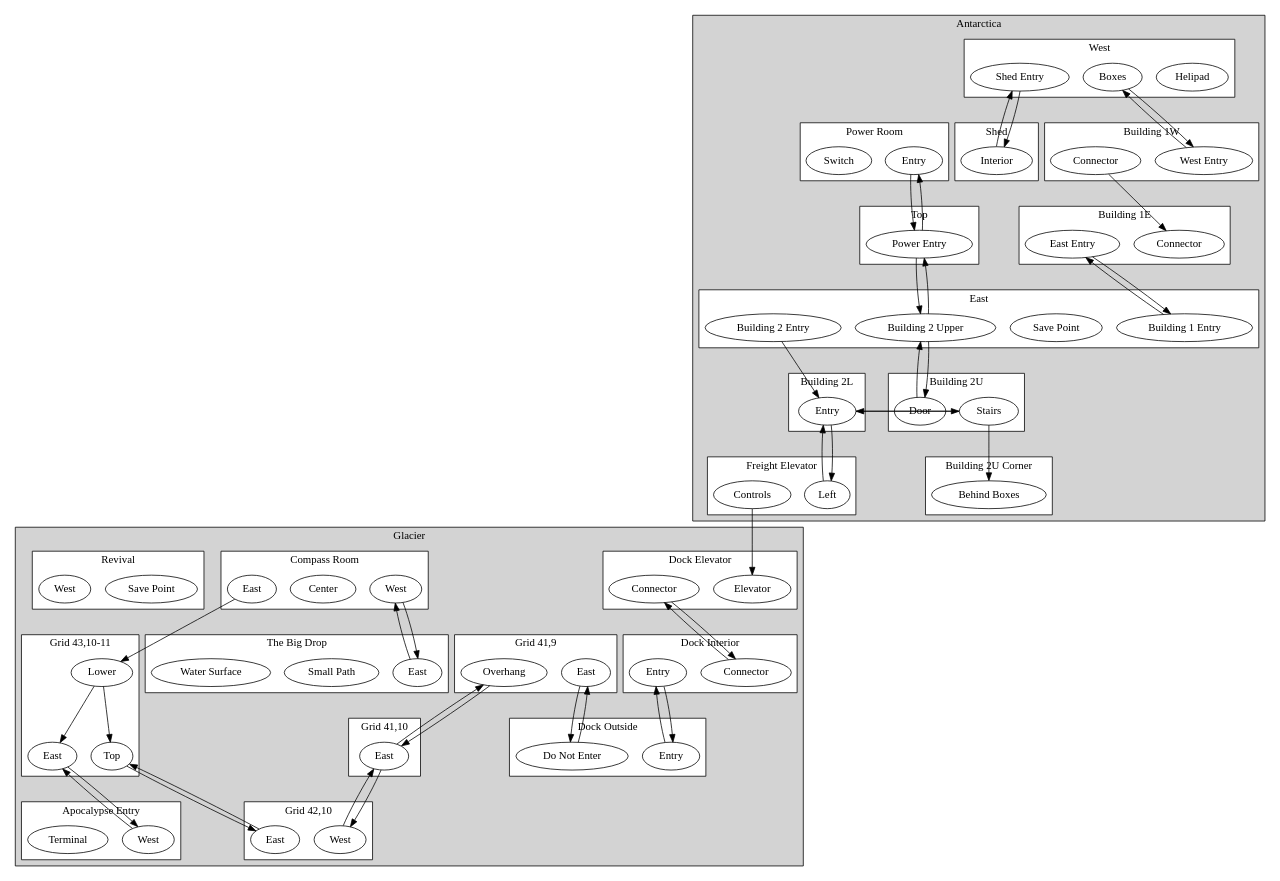
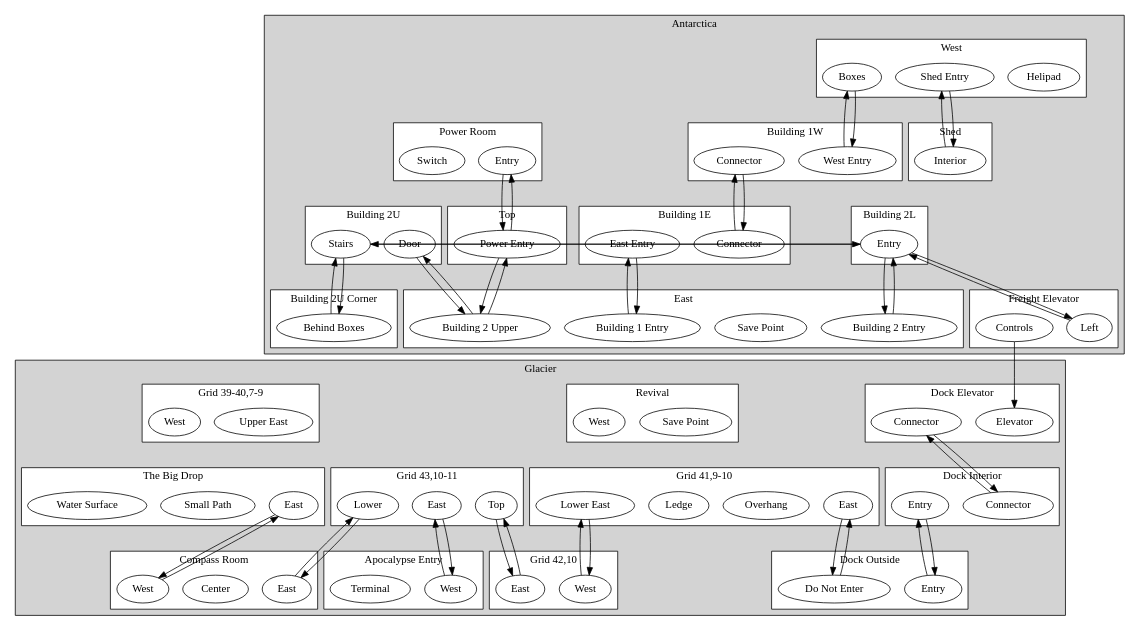
The diagram in games/AxiomVerge2/digraph.dot (Zannick/logic-graph), drawn with Graphviz before and after one commit. The commit also changed 10 other files, not shown here.

```diff
--- a/games/AxiomVerge2/digraph.dot
+++ b/games/AxiomVerge2/digraph.dot
@@ -1,184 +1,187 @@
 digraph AxiomVerge2 {
     splines=line;
     ranksep=1.0;
     subgraph cluster_Antarctica {
         subgraph cluster_Antarctica__West {
             Antarctica__West__Helipad [label = "Helipad"];
             Antarctica__West__Shed_Entry [label = "Shed Entry"];
             Antarctica__West__Boxes [label = "Boxes"];
             label = "West";
             bgcolor = "white";
         }
         subgraph cluster_Antarctica__Shed {
             Antarctica__Shed__Interior [label = "Interior"];
             label = "Shed";
             bgcolor = "white";
         }
         subgraph cluster_Antarctica__Building_1W {
             Antarctica__Building_1W__West_Entry [label = "West Entry"];
             Antarctica__Building_1W__Connector [label = "Connector"];
             label = "Building 1W";
             bgcolor = "white";
         }
         subgraph cluster_Antarctica__Building_1E {
             Antarctica__Building_1E__Connector [label = "Connector"];
             Antarctica__Building_1E__East_Entry [label = "East Entry"];
             label = "Building 1E";
             bgcolor = "white";
         }
         subgraph cluster_Antarctica__East {
             Antarctica__East__Building_1_Entry [label = "Building 1 Entry"];
             Antarctica__East__Save_Point [label = "Save Point"];
             Antarctica__East__Building_2_Entry [label = "Building 2 Entry"];
             Antarctica__East__Building_2_Upper [label = "Building 2 Upper"];
             label = "East";
             bgcolor = "white";
         }
         subgraph cluster_Antarctica__Building_2L {
             Antarctica__Building_2L__Entry [label = "Entry"];
             label = "Building 2L";
             bgcolor = "white";
         }
         subgraph cluster_Antarctica__Building_2U {
             Antarctica__Building_2U__Stairs [label = "Stairs"];
             Antarctica__Building_2U__Door [label = "Door"];
             label = "Building 2U";
             bgcolor = "white";
         }
         subgraph cluster_Antarctica__Building_2U_Corner {
             Antarctica__Building_2U_Corner__Behind_Boxes [label = "Behind Boxes"];
             label = "Building 2U Corner";
             bgcolor = "white";
         }
         subgraph cluster_Antarctica__Top {
             Antarctica__Top__Power_Entry [label = "Power Entry"];
             label = "Top";
             bgcolor = "white";
         }
         subgraph cluster_Antarctica__Power_Room {
             Antarctica__Power_Room__Entry [label = "Entry"];
             Antarctica__Power_Room__Switch [label = "Switch"];
             label = "Power Room";
             bgcolor = "white";
         }
         subgraph cluster_Antarctica__Freight_Elevator {
             Antarctica__Freight_Elevator__Left [label = "Left"];
             Antarctica__Freight_Elevator__Controls [label = "Controls"];
             label = "Freight Elevator";
             bgcolor = "white";
         }
         label = "Antarctica";
         bgcolor = "lightgrey";
     }
     subgraph cluster_Glacier {
         subgraph cluster_Glacier__Dock_Elevator {
             Glacier__Dock_Elevator__Elevator [label = "Elevator"];
             Glacier__Dock_Elevator__Connector [label = "Connector"];
             label = "Dock Elevator";
             bgcolor = "white";
         }
         subgraph cluster_Glacier__Dock_Interior {
             Glacier__Dock_Interior__Connector [label = "Connector"];
             Glacier__Dock_Interior__Entry [label = "Entry"];
             label = "Dock Interior";
             bgcolor = "white";
         }
         subgraph cluster_Glacier__Dock_Outside {
             Glacier__Dock_Outside__Entry [label = "Entry"];
             Glacier__Dock_Outside__Do_Not_Enter [label = "Do Not Enter"];
             label = "Dock Outside";
             bgcolor = "white";
         }
-        subgraph cluster_Glacier__Grid_419 {
-            Glacier__Grid_419__East [label = "East"];
-            Glacier__Grid_419__Overhang [label = "Overhang"];
-            label = "Grid 41,9";
-            bgcolor = "white";
-        }
-        subgraph cluster_Glacier__Grid_4110 {
-            Glacier__Grid_4110__East [label = "East"];
-            label = "Grid 41,10";
+        subgraph cluster_Glacier__Grid_41910 {
+            Glacier__Grid_41910__East [label = "East"];
+            Glacier__Grid_41910__Overhang [label = "Overhang"];
+            Glacier__Grid_41910__Ledge [label = "Ledge"];
+            Glacier__Grid_41910__Lower_East [label = "Lower East"];
+            label = "Grid 41,9-10";
             bgcolor = "white";
         }
         subgraph cluster_Glacier__Grid_4210 {
             Glacier__Grid_4210__West [label = "West"];
             Glacier__Grid_4210__East [label = "East"];
             label = "Grid 42,10";
             bgcolor = "white";
         }
         subgraph cluster_Glacier__Grid_431011 {
             Glacier__Grid_431011__Top [label = "Top"];
             Glacier__Grid_431011__East [label = "East"];
             Glacier__Grid_431011__Lower [label = "Lower"];
             label = "Grid 43,10-11";
             bgcolor = "white";
         }
         subgraph cluster_Glacier__Compass_Room {
             Glacier__Compass_Room__East [label = "East"];
             Glacier__Compass_Room__Center [label = "Center"];
             Glacier__Compass_Room__West [label = "West"];
             label = "Compass Room";
             bgcolor = "white";
         }
         subgraph cluster_Glacier__The_Big_Drop {
             Glacier__The_Big_Drop__East [label = "East"];
             Glacier__The_Big_Drop__Small_Path [label = "Small Path"];
             Glacier__The_Big_Drop__Water_Surface [label = "Water Surface"];
             label = "The Big Drop";
             bgcolor = "white";
         }
         subgraph cluster_Glacier__Revival {
             Glacier__Revival__Save_Point [label = "Save Point"];
             Glacier__Revival__West [label = "West"];
             label = "Revival";
             bgcolor = "white";
         }
+        subgraph cluster_Glacier__Grid_394079 {
+            Glacier__Grid_394079__Upper_East [label = "Upper East"];
+            Glacier__Grid_394079__West [label = "West"];
+            label = "Grid 39-40,7-9";
+            bgcolor = "white";
+        }
         subgraph cluster_Glacier__Apocalypse_Entry {
             Glacier__Apocalypse_Entry__West [label = "West"];
             Glacier__Apocalypse_Entry__Terminal [label = "Terminal"];
             label = "Apocalypse Entry";
             bgcolor = "white";
         }
         label = "Glacier";
         bgcolor = "lightgrey";
     }
     Antarctica__West__Shed_Entry -> Antarctica__Shed__Interior;
     Antarctica__West__Boxes -> Antarctica__Building_1W__West_Entry;
     Antarctica__Shed__Interior -> Antarctica__West__Shed_Entry;
     Antarctica__Building_1W__West_Entry -> Antarctica__West__Boxes;
     Antarctica__Building_1W__Connector -> Antarctica__Building_1E__Connector;
+    Antarctica__Building_1E__Connector -> Antarctica__Building_1W__Connector;
     Antarctica__Building_1E__East_Entry -> Antarctica__East__Building_1_Entry;
     Antarctica__East__Building_1_Entry -> Antarctica__Building_1E__East_Entry;
     Antarctica__East__Building_2_Entry -> Antarctica__Building_2L__Entry;
     Antarctica__East__Building_2_Upper -> Antarctica__Building_2U__Door;
     Antarctica__East__Building_2_Upper -> Antarctica__Top__Power_Entry;
+    Antarctica__Building_2L__Entry -> Antarctica__East__Building_2_Entry;
     Antarctica__Building_2L__Entry -> Antarctica__Building_2U__Stairs;
     Antarctica__Building_2L__Entry -> Antarctica__Freight_Elevator__Left;
     Antarctica__Building_2U__Stairs -> Antarctica__Building_2U_Corner__Behind_Boxes;
     Antarctica__Building_2U__Stairs -> Antarctica__Building_2L__Entry;
     Antarctica__Building_2U__Door -> Antarctica__East__Building_2_Upper;
+    Antarctica__Building_2U_Corner__Behind_Boxes -> Antarctica__Building_2U__Stairs;
     Antarctica__Top__Power_Entry -> Antarctica__Power_Room__Entry;
     Antarctica__Top__Power_Entry -> Antarctica__East__Building_2_Upper;
     Antarctica__Power_Room__Entry -> Antarctica__Top__Power_Entry;
     Antarctica__Freight_Elevator__Left -> Antarctica__Building_2L__Entry;
     Antarctica__Freight_Elevator__Controls -> Glacier__Dock_Elevator__Elevator;
     Glacier__Dock_Elevator__Connector -> Glacier__Dock_Interior__Connector;
     Glacier__Dock_Interior__Connector -> Glacier__Dock_Elevator__Connector;
     Glacier__Dock_Interior__Entry -> Glacier__Dock_Outside__Entry;
     Glacier__Dock_Outside__Entry -> Glacier__Dock_Interior__Entry;
-    Glacier__Dock_Outside__Do_Not_Enter -> Glacier__Grid_419__East;
-    Glacier__Grid_419__East -> Glacier__Dock_Outside__Do_Not_Enter;
-    Glacier__Grid_419__Overhang -> Glacier__Grid_4110__East;
-    Glacier__Grid_4110__East -> Glacier__Grid_419__Overhang;
-    Glacier__Grid_4110__East -> Glacier__Grid_4210__West;
-    Glacier__Grid_4210__West -> Glacier__Grid_4110__East;
+    Glacier__Dock_Outside__Do_Not_Enter -> Glacier__Grid_41910__East;
+    Glacier__Grid_41910__East -> Glacier__Dock_Outside__Do_Not_Enter;
+    Glacier__Grid_41910__Lower_East -> Glacier__Grid_4210__West;
+    Glacier__Grid_4210__West -> Glacier__Grid_41910__Lower_East;
     Glacier__Grid_4210__East -> Glacier__Grid_431011__Top;
     Glacier__Grid_431011__Top -> Glacier__Grid_4210__East;
     Glacier__Grid_431011__East -> Glacier__Apocalypse_Entry__West;
-    Glacier__Grid_431011__Lower -> Glacier__Grid_431011__Top;
-    Glacier__Grid_431011__Lower -> Glacier__Grid_431011__East;
+    Glacier__Grid_431011__Lower -> Glacier__Compass_Room__East;
     Glacier__Compass_Room__East -> Glacier__Grid_431011__Lower;
     Glacier__Compass_Room__West -> Glacier__The_Big_Drop__East;
     Glacier__The_Big_Drop__East -> Glacier__Compass_Room__West;
     Glacier__Apocalypse_Entry__West -> Glacier__Grid_431011__East;
 }
```
